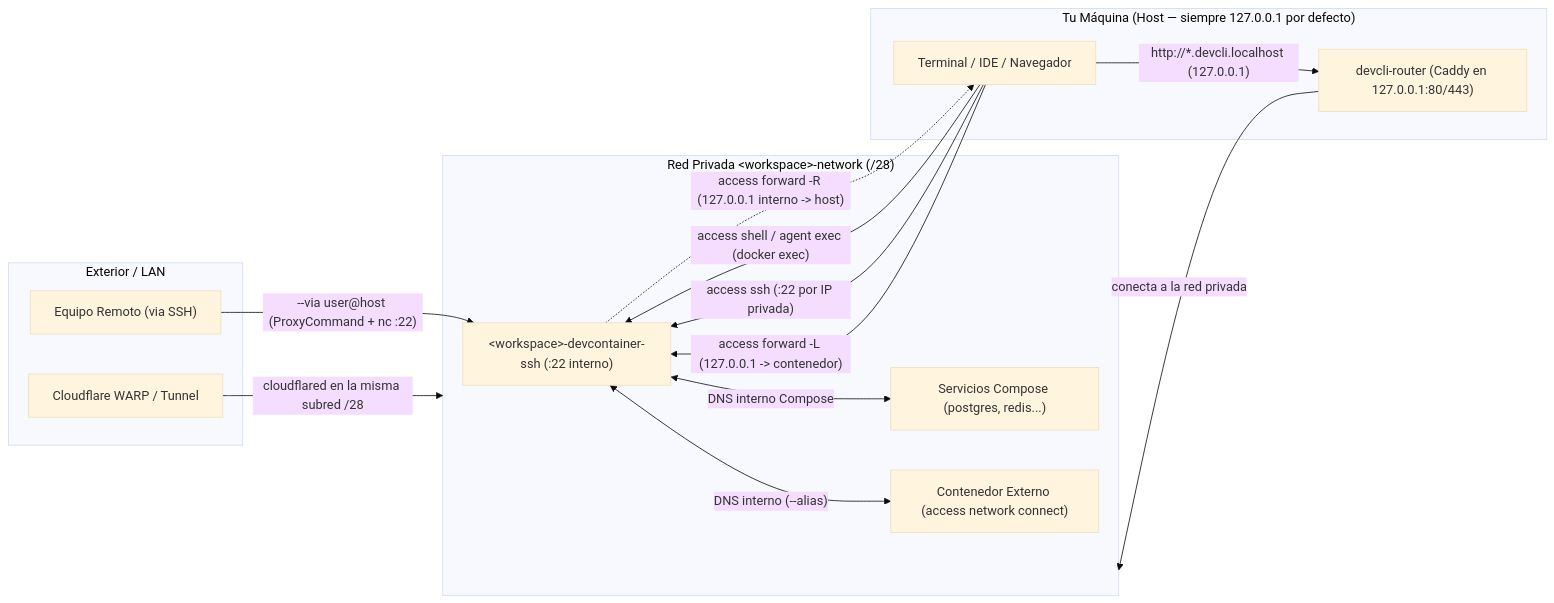
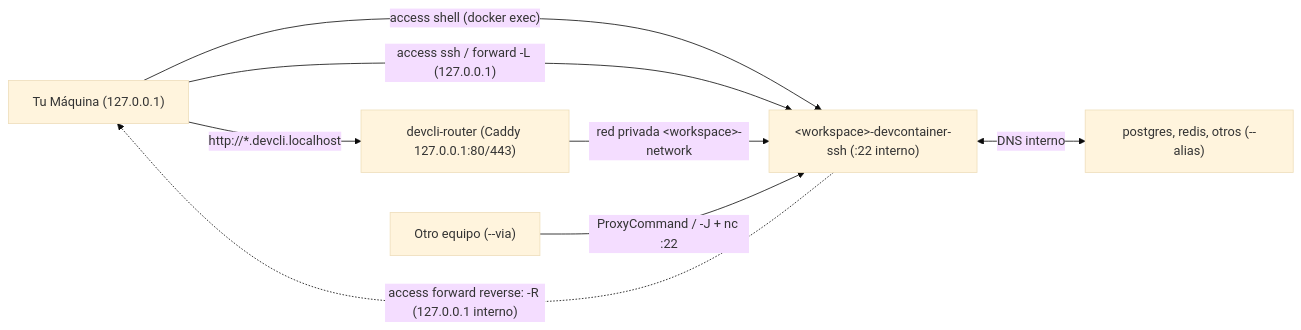
The diagram in NETWORKING.md (Joacohbc/my-devcontainer-installer), drawn with Mermaid (base theme) before and after one commit. The commit also changed other lines of this file and 5 other files, not shown here.

First line of the commit message:
docs: separate user networking guide, architecture invariants, and skill rules

````diff
--- a/NETWORKING.md
+++ b/NETWORKING.md
@@ -38,29 +19,10 @@
 ```mermaid
 flowchart LR
-    subgraph Ext["Exterior / LAN"]
-        CF["Cloudflare WARP / Tunnel"]
-        LAN["Equipo Remoto (via SSH)"]
-    end
-
-    subgraph Host["Tu Máquina (Host — siempre 127.0.0.1 por defecto)"]
-        Term["Terminal / IDE / Navegador"]
-        Router["devcli-router (Caddy en 127.0.0.1:80/443)"]
-    end
-
-    subgraph Net["Red Privada &lt;workspace&gt;-network (/28)"]
-        Dev["&lt;workspace&gt;-devcontainer-ssh (:22 interno)"]
-        Svc["Servicios Compose (postgres, redis...)"]
-        Other["Contenedor Externo (access network connect)"]
-    end
-
-    Term -->|"access shell / agent exec (docker exec)"| Dev
-    Term -->|"access ssh (:22 por IP privada)"| Dev
-    Term -->|"access forward -L (127.0.0.1 -> contenedor)"| Dev
-    Dev -.->|"access forward -R (127.0.0.1 interno -> host)"| Term
-    Dev <-->|"DNS interno Compose"| Svc
-    Dev <-->|"DNS interno (--alias)"| Other
-    Term -->|"http://*.devcli.localhost (127.0.0.1)"| Router
-    Router -->|"conecta a la red privada"| Net
-    LAN -->|"--via user@host (ProxyCommand + nc :22)"| Dev
-    CF -->|"cloudflared en la misma subred /28"| Net
+    Host["Tu Máquina (127.0.0.1)"] -->|"access shell (docker exec)"| Dev["&lt;workspace&gt;-devcontainer-ssh (:22 interno)"]
+    Host -->|"access ssh / forward -L (127.0.0.1)"| Dev
+    Dev -.->|"access forward reverse: -R (127.0.0.1 interno)"| Host
+    Host -->|"http://*.devcli.localhost"| Caddy["devcli-router (Caddy 127.0.0.1:80/443)"]
+    Caddy -->|"red privada &lt;workspace&gt;-network"| Dev
+    Dev <-->|"DNS interno"| Svc["postgres, redis, otros (--alias)"]
+    LAN["Otro equipo (--via)"] -->|"ProxyCommand / -J + nc :22"| Dev
 ```
````
